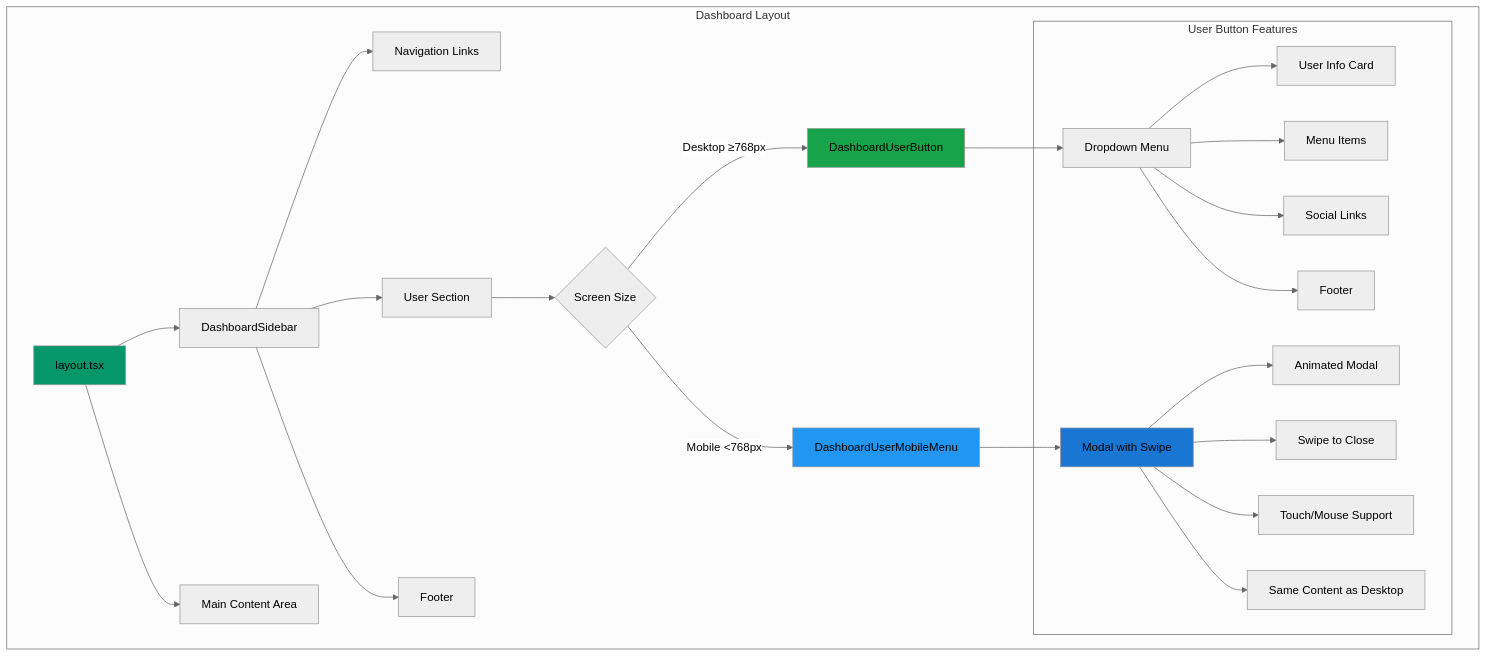
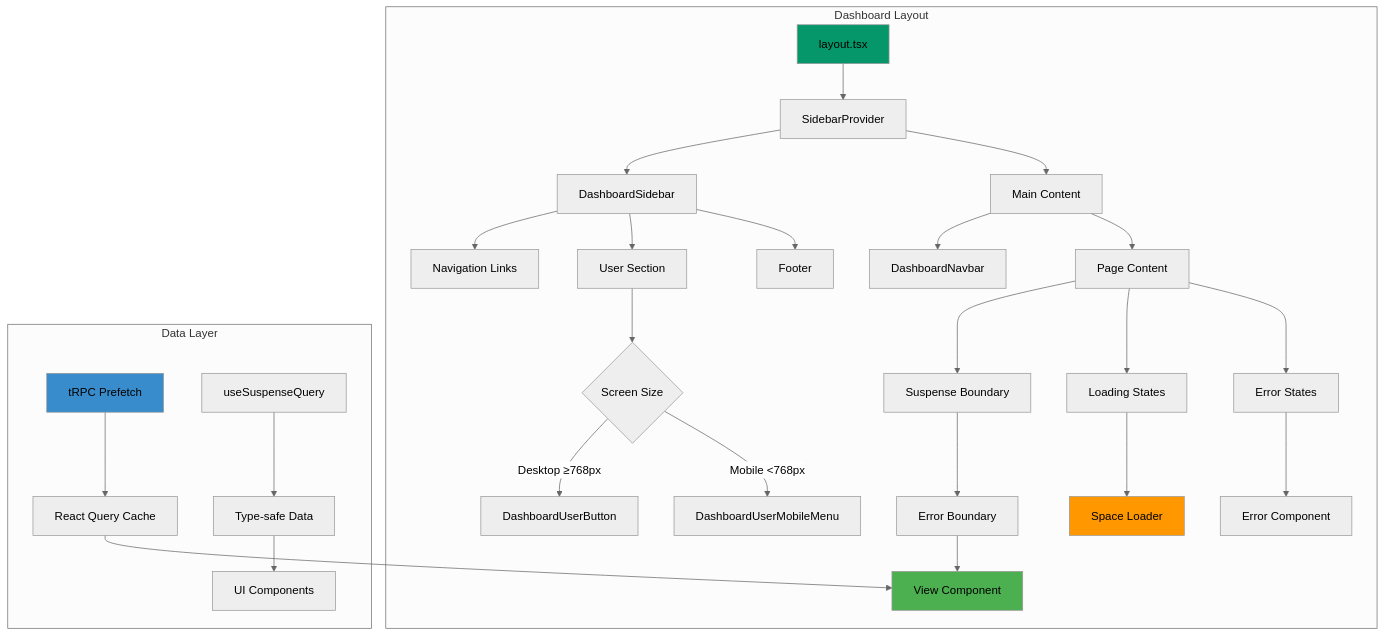
The ninth of 9 diagrams in README.md (felipesanchez-dev/agentesia), drawn with Mermaid (neutral theme) before and after one commit. The commit also changed other lines of this file, not shown here.

Commit message:
feat: Update README.md with enhanced features, architecture diagrams, and improved documentation

````diff
--- a/README.md
+++ b/README.md
@@ -385,35 +653,42 @@
 ```mermaid
 graph TB
     subgraph "Dashboard Layout"
-        A[layout.tsx] --> B[DashboardSidebar]
-        A --> C[Main Content Area]
+        A[layout.tsx] --> B[SidebarProvider]
+        B --> C[DashboardSidebar]
+        B --> D[Main Content]
         
-        B --> D[Navigation Links]
-        B --> E[User Section]
-        B --> F[Footer]
+        D --> E[DashboardNavbar]
+        D --> F[Page Content]
         
-        E --> G{Screen Size}
-        G -->|Desktop ≥768px| H[DashboardUserButton]
-        G -->|Mobile <768px| I[DashboardUserMobileMenu]
+        C --> G[Navigation Links]
+        C --> H[User Section]
+        C --> I[Footer]
         
-        H --> J[Dropdown Menu]
-        I --> K[Modal with Swipe]
+        H --> J{Screen Size}
+        J -->|Desktop ≥768px| K[DashboardUserButton]
+        J -->|Mobile <768px| L[DashboardUserMobileMenu]
         
-        subgraph "User Button Features"
-            J --> J1[User Info Card]
-            J --> J2[Menu Items]
-            J --> J3[Social Links]
-            J --> J4[Footer]
-            
-            K --> K1[Animated Modal]
-            K --> K2[Swipe to Close]
-            K --> K3[Touch/Mouse Support]
-            K --> K4[Same Content as Desktop]
-        end
+        F --> M[Suspense Boundary]
+        M --> N[Error Boundary]
+        N --> O[View Component]
+        
+        F --> P[Loading States]
+        P --> Q[Space Loader]
+        
+        F --> R[Error States]
+        R --> S[Error Component]
+    end
+    
+    subgraph "Data Layer"
+        T[tRPC Prefetch] --> U[React Query Cache]
+        U --> O
+        
+        V[useSuspenseQuery] --> W[Type-safe Data]
+        W --> X[UI Components]
     end
     
     style A fill:#059669
-    style H fill:#16a34a
-    style I fill:#2196f3
-    style K fill:#1976d2
+    style O fill:#4caf50
+    style Q fill:#ff9800
+    style T fill:#398CCB
 ```
````
